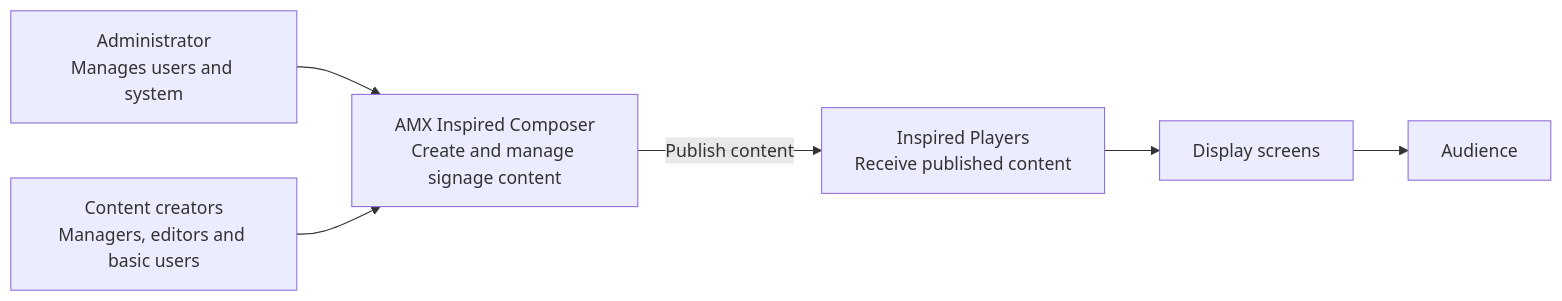
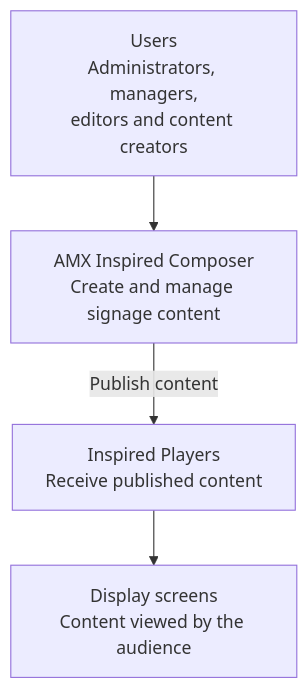
One commit to iand4096/docusaurusportfolio changed the diagram in docs/AMXInspiredSignageComposer.md. Above: the diagram before and after it, drawn with Mermaid. The commit also changed 1 other file, not shown here.

Commit message:
minor further updates3

````diff
--- a/docs/AMXInspiredSignageComposer.md
+++ b/docs/AMXInspiredSignageComposer.md
@@ -11,19 +11,14 @@
 ```mermaid
-flowchart LR
-    ADMIN["Administrator<br/>Manages users and system"]
-    AUTHORS["Content creators<br/>Managers, editors and basic users"]
+flowchart TB
+    USERS["Users<br/>Administrators, managers,<br/>editors and content creators"]
 
     COMPOSER["AMX Inspired Composer<br/>Create and manage signage content"]
 
     PLAYERS["Inspired Players<br/>Receive published content"]
 
-    SCREENS["Display screens"]
+    SCREENS["Display screens<br/>Content viewed by the audience"]
 
-    AUDIENCE["Audience"]
-
-    ADMIN --> COMPOSER
-    AUTHORS --> COMPOSER
+    USERS --> COMPOSER
     COMPOSER -->|"Publish content"| PLAYERS
     PLAYERS --> SCREENS
-    SCREENS --> AUDIENCE
 ```
````
